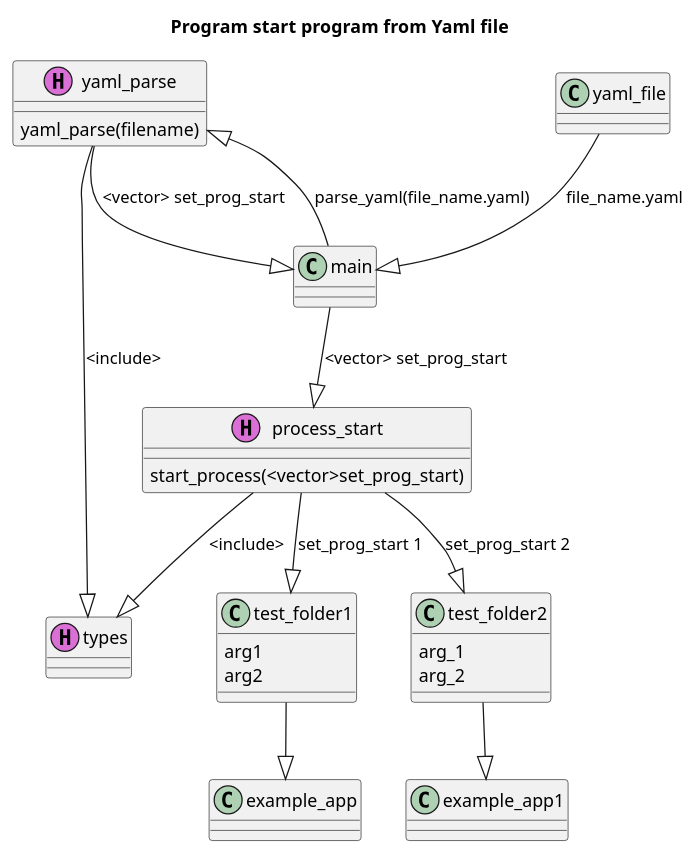
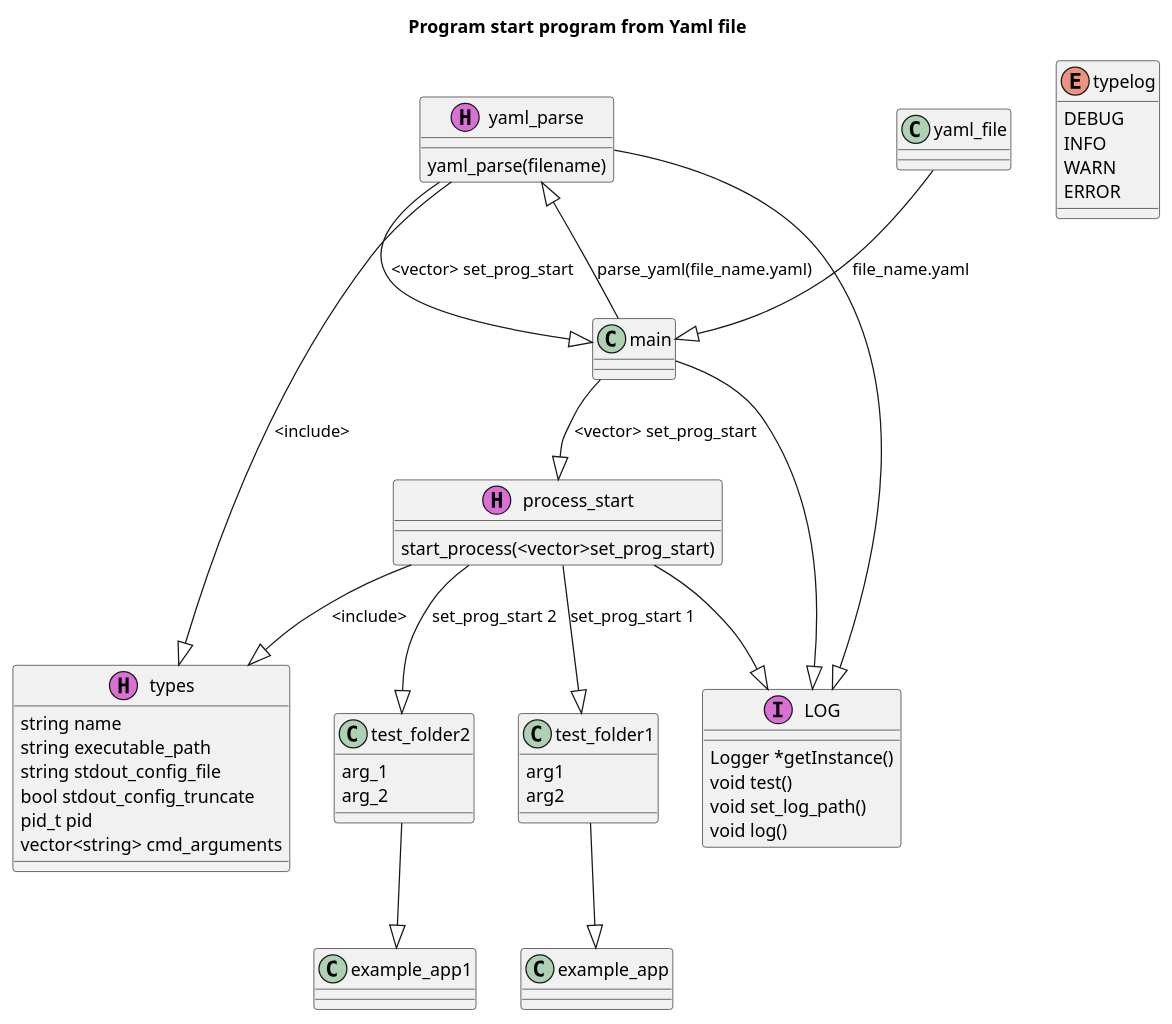
The diagram in docs/UML/Struct_prog.puml (ValentinSidorov/DeLorean_Team), drawn with PlantUML before and after one commit.

Commit message:
Add uml struct

```diff
--- a/docs/UML/Struct_prog.puml
+++ b/docs/UML/Struct_prog.puml
@@ -1,35 +1,60 @@
 @startuml
 title "Program start program from Yaml file"
 class  yaml_parse  << (H,orchid) >>
 class  process_start  << (H,orchid) >>
-class  types  << (H,orchid) >>
+class  types  << (H,orchid) >> {
+  string name
+  string executable_path
+  string stdout_config_file
+  bool stdout_config_truncate
+  pid_t pid
+  vector<string> cmd_arguments
+}
+enum   typelog {
+     DEBUG 
+     INFO 
+     WARN 
+     ERROR 
+     }
+
+class  LOG  << (I,orchid) >> {
+  Logger *getInstance()
+  void test()
+  void set_log_path()
+  void log()
+}
 
 yaml_file --|> main :"file_name.yaml"
 
+
+main --|> LOG
 
 main --|> process_start :"<vector> set_prog_start"
 
 main --|> yaml_parse :"parse_yaml(file_name.yaml)"
 yaml_parse --|> main :"<vector> set_prog_start"
+yaml_parse --|> LOG
 
 process_start --|> types :"<include>"
 yaml_parse --|> types :"<include>"
 
 process_start --|> test_folder1 :"set_prog_start 1"
 process_start --|> test_folder2 :"set_prog_start 2"
+
+process_start --|> LOG
 
 test_folder1 --|> example_app
 test_folder2 --|> example_app1  
 
 
 test_folder1 : arg1
 test_folder1 : arg2
 
 test_folder2 : arg_1
 test_folder2 : arg_2
 
 yaml_parse : yaml_parse(filename)
 process_start : start_process(<vector>set_prog_start)
 
 
 @enduml
```
